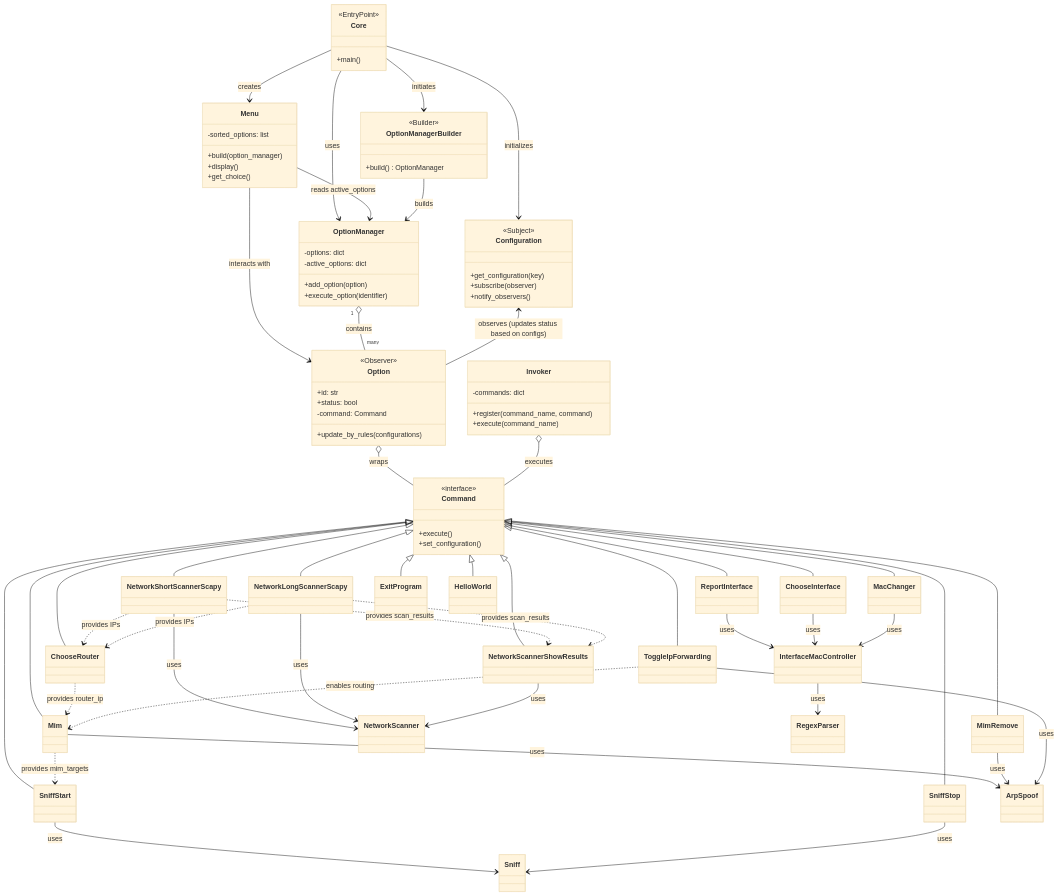
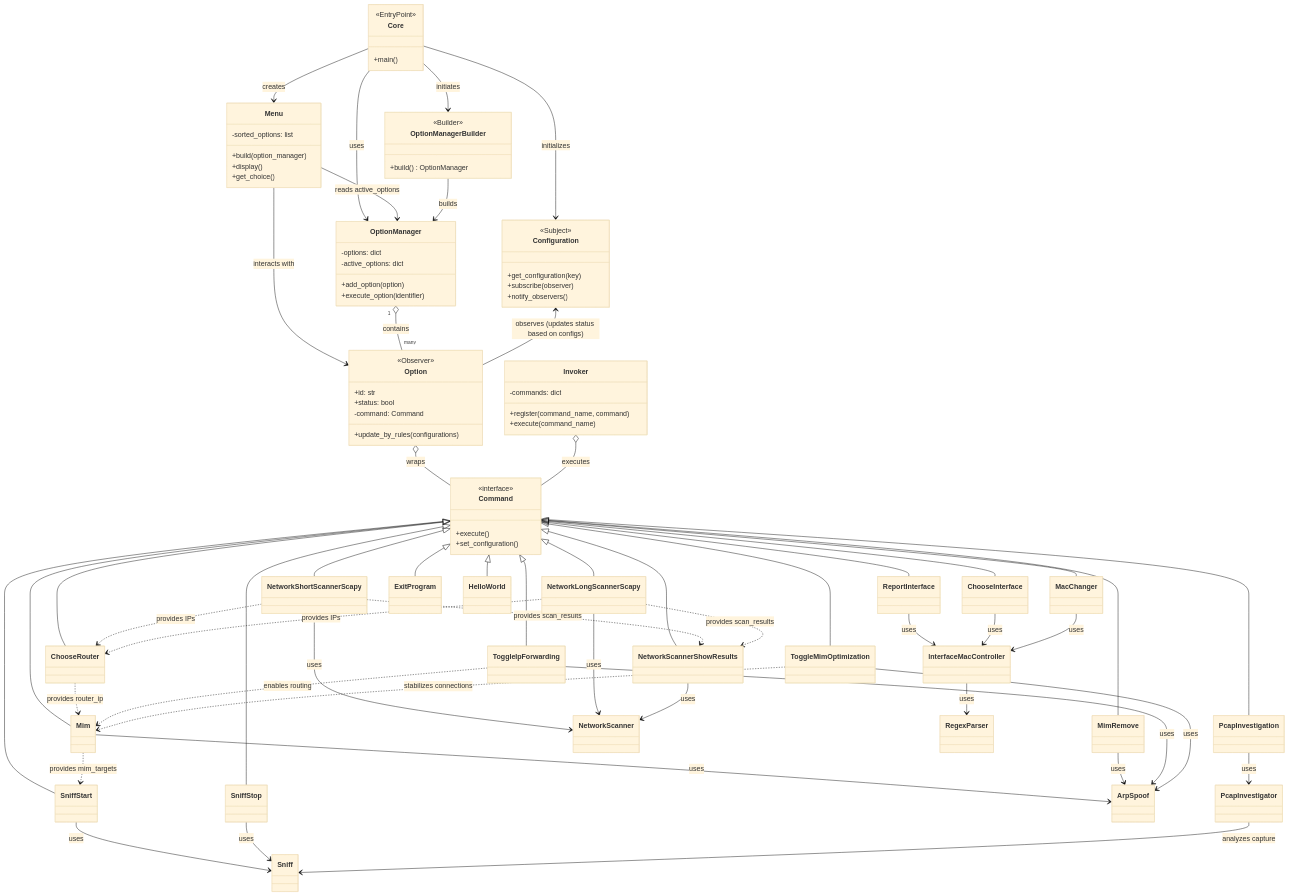
One commit to lpnf213/cybsec changed the diagram in README.md. Above: the diagram before and after it, drawn with Mermaid (base theme). The commit also changed other lines of this file and 1 other file, not shown here.

Commit message:
feat: add ToggleMimOptimization command to manage TCP MSS clamping and update README documentation

````diff
--- a/README.md
+++ b/README.md
@@ -157,6 +157,8 @@
     Command <|-- SniffStop
     Command <|-- NetworkScannerShowResults
     Command <|-- ToggleIpForwarding
+    Command <|-- PcapInvestigation
+    Command <|-- ToggleMimOptimization
 
     %% State dependencies (represented as dashed arrows)
     NetworkShortScannerScapy ..> NetworkScannerShowResults : provides scan_results
@@ -166,6 +168,7 @@
     ChooseRouter ..> Mim : provides router_ip
     Mim ..> SniffStart : provides mim_targets
     ToggleIpForwarding ..> Mim : enables routing
+    ToggleMimOptimization ..> Mim : stabilizes connections
 
     Invoker o-- Command : executes
     
@@ -175,6 +178,7 @@
     class ArpSpoof
     class Sniff
     class RegexParser
+    class PcapInvestigator
 
     NetworkShortScannerScapy --> NetworkScanner : uses
     NetworkLongScannerScapy --> NetworkScanner : uses
@@ -191,6 +195,10 @@
     SniffStop --> Sniff : uses
 
     ToggleIpForwarding --> ArpSpoof : uses
+    ToggleMimOptimization --> ArpSpoof : uses
+
+    PcapInvestigation --> PcapInvestigator : uses
+    PcapInvestigator --> Sniff : analyzes capture
 
     InterfaceMacController --> RegexParser : uses
 ```
````
